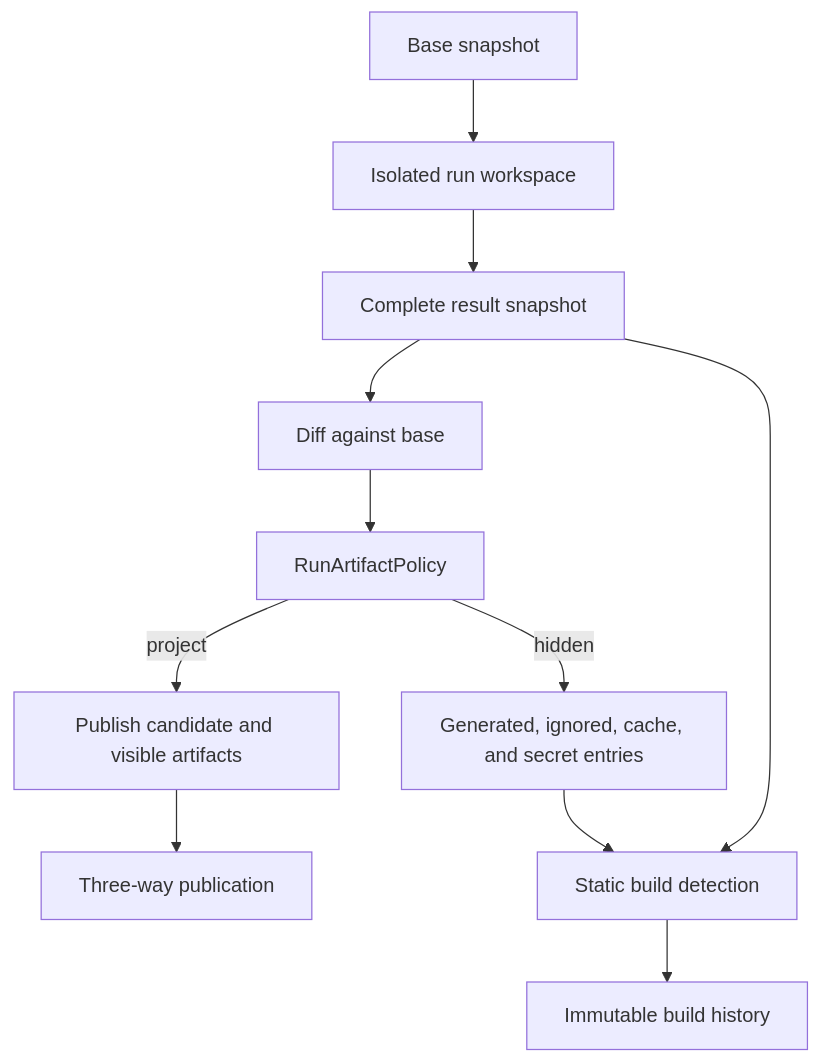
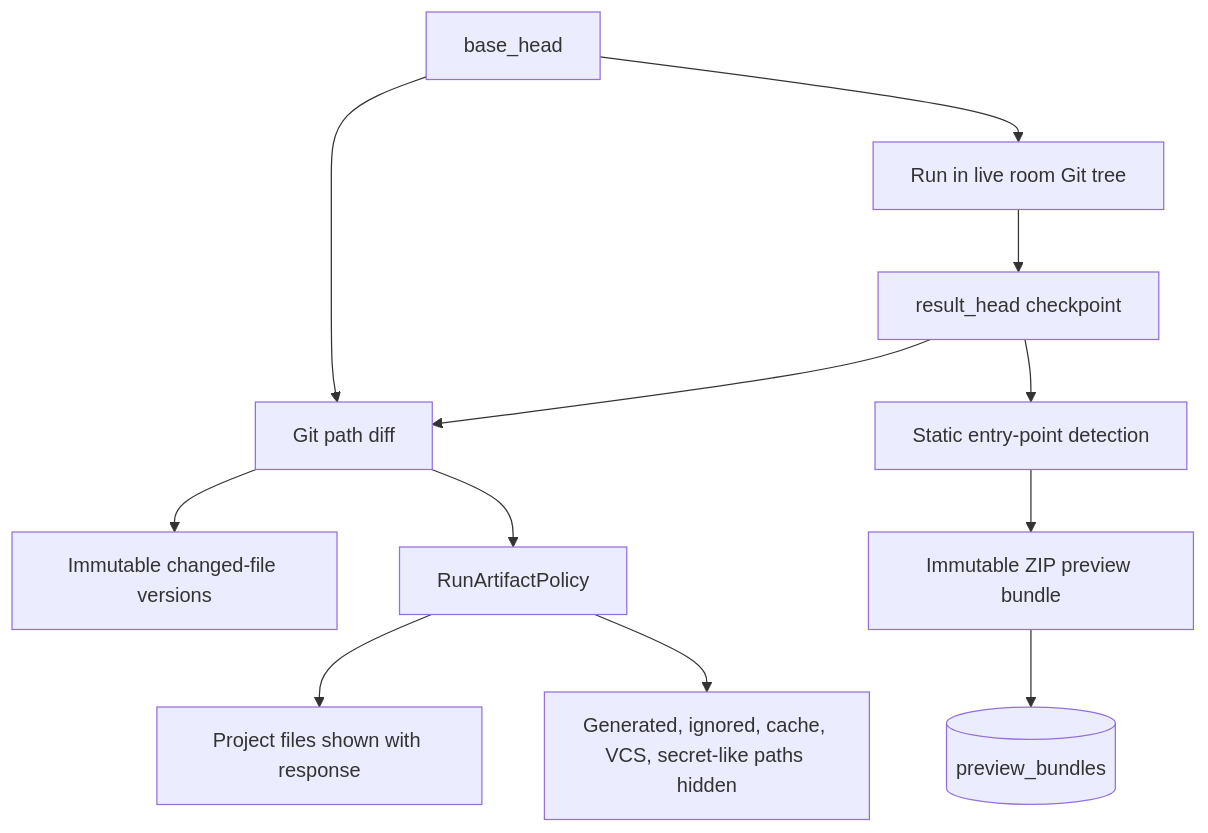
Before and after one commit to riffi/agenvyl: the first of 2 diagrams in docs/architecture/app-builds.md, drawn with Mermaid. The commit also changed other lines of this file and 42 other files, not shown here.

````diff
--- a/docs/architecture/app-builds.md
+++ b/docs/architecture/app-builds.md
@@ -32,13 +31,14 @@
 ```mermaid
 flowchart TD
-  Base[Base snapshot] --> Run[Isolated run workspace]
-  Run --> Capture[Complete result snapshot]
-  Capture --> Diff[Diff against base]
+  Base[base_head] --> Run[Run in live room Git tree]
+  Run --> Final[result_head checkpoint]
+  Base --> Diff[Git path diff]
+  Final --> Diff
+  Diff --> Versions[Immutable changed-file versions]
   Diff --> Policy[RunArtifactPolicy]
-  Policy -->|project| Candidate[Publish candidate and visible artifacts]
-  Policy -->|hidden| Hidden[Generated, ignored, cache, and secret entries]
-  Candidate --> Merge[Three-way publication]
-  Capture --> Detection[Static build detection]
-  Hidden --> Detection
-  Detection --> History[Immutable build history]
+  Policy --> Visible[Project files shown with response]
+  Policy --> Hidden[Generated, ignored, cache, VCS, secret-like paths hidden]
+  Final --> Detection[Static entry-point detection]
+  Detection --> Bundle[Immutable ZIP preview bundle]
+  Bundle --> Metadata[(preview_bundles)]
 ```
````
